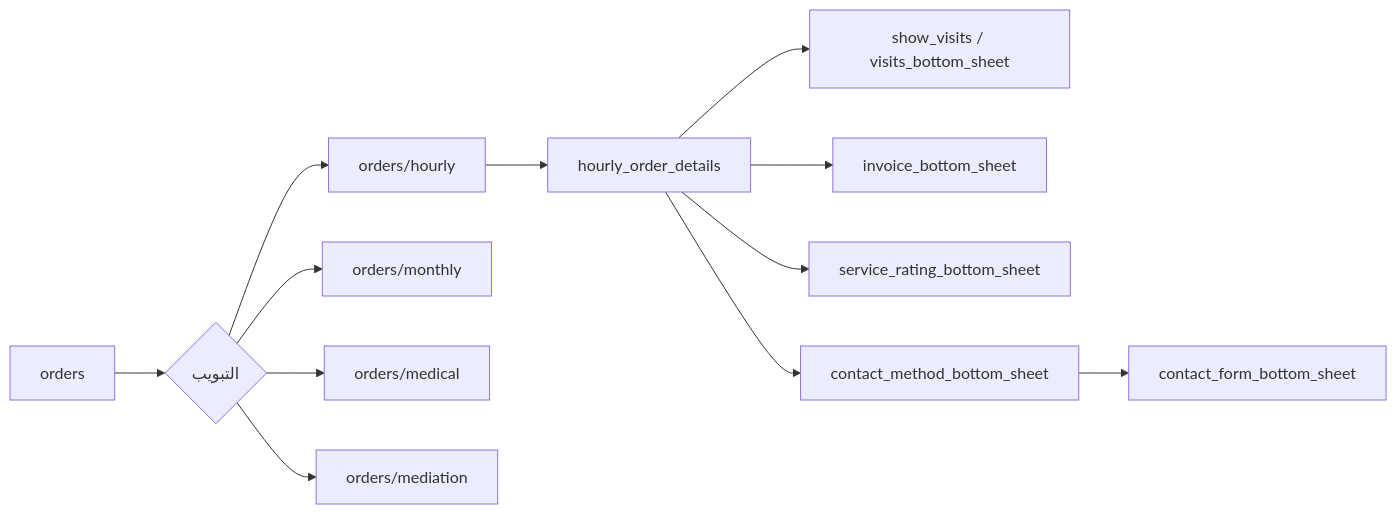
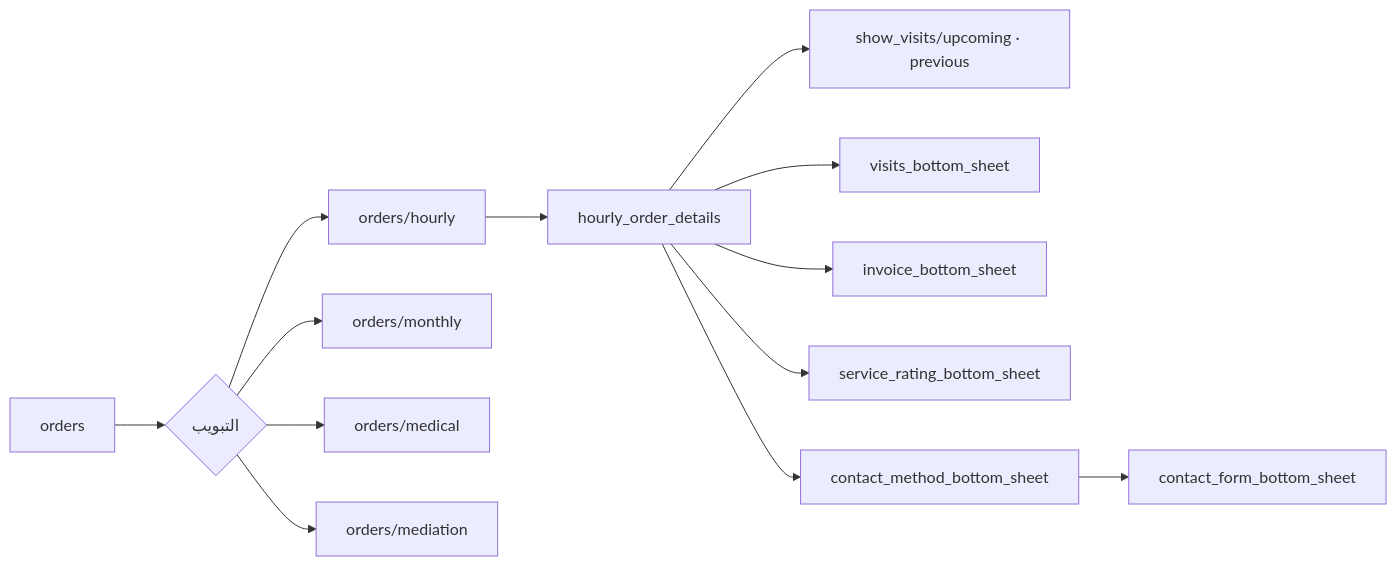
The diagram in project/product/features/orders.md (mmsanad7/belkhedma), drawn with Mermaid before and after one commit. The commit also changed other lines of this file and 23 other files, not shown here.

````diff
--- a/project/product/features/orders.md
+++ b/project/product/features/orders.md
@@ -5,14 +5,15 @@
 ```mermaid
 flowchart LR
     O["orders"] --> T{"التبويب"}
     T --> H["orders/hourly"]
     T --> MO["orders/monthly"]
     T --> ME["orders/medical"]
     T --> MD["orders/mediation"]
     H --> HD["hourly_order_details"]
-    HD --> V["show_visits / visits_bottom_sheet"]
+    HD --> V["show_visits/upcoming · previous"]
+    HD --> VB["visits_bottom_sheet"]
     HD --> I["invoice_bottom_sheet"]
     HD --> R["service_rating_bottom_sheet"]
     HD --> C["contact_method_bottom_sheet"]
     C --> CF["contact_form_bottom_sheet"]
 ```
````
